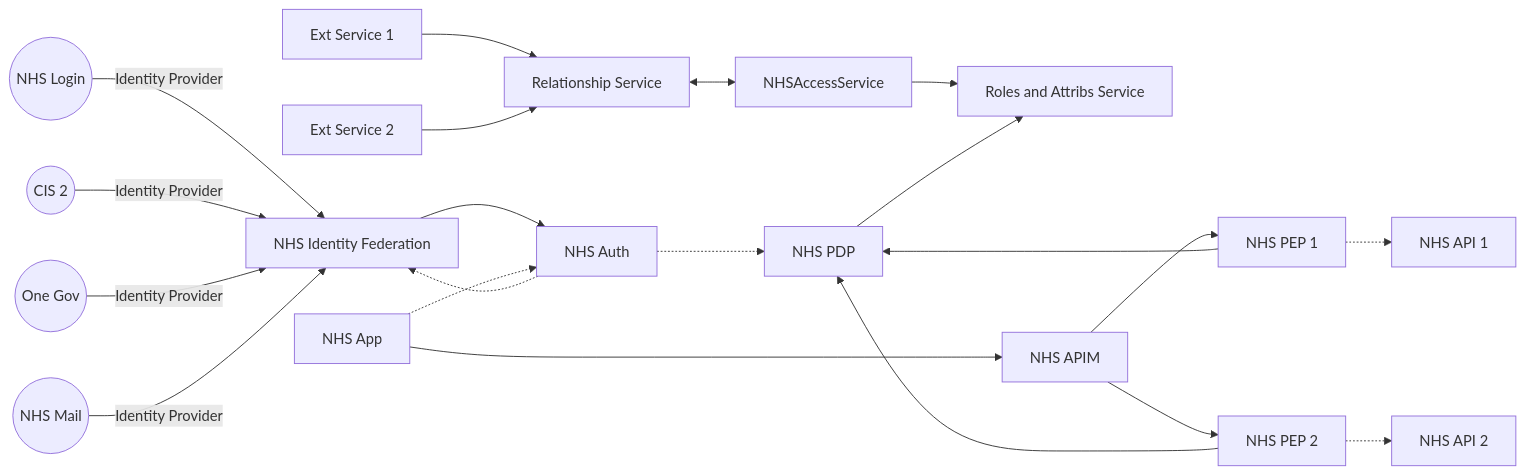
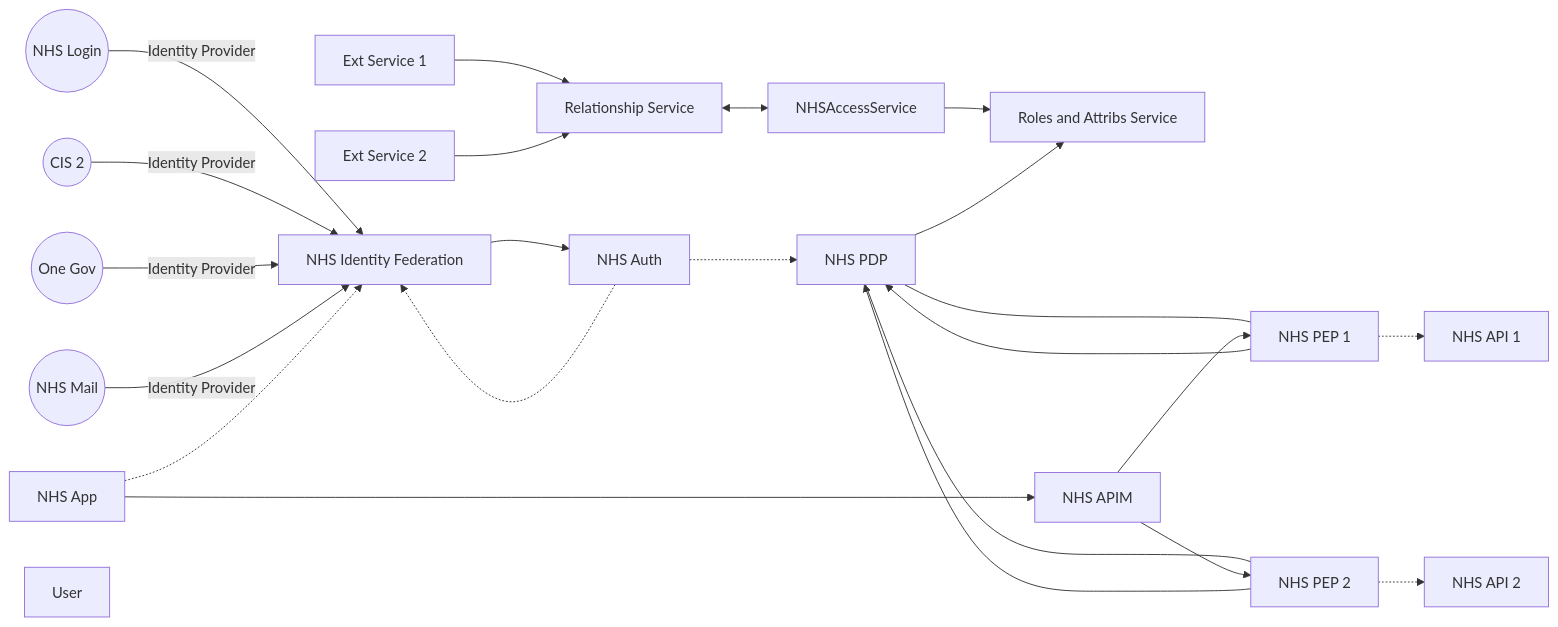
The third of 4 diagrams in docs/auth/auth.md (RossBugginsNHS/architecture-design-docs), drawn with Mermaid before and after one commit. The commit also changed other lines of this file, not shown here.

````diff
--- a/docs/auth/auth.md
+++ b/docs/auth/auth.md
@@ -128,51 +136,52 @@
 ```mermaid
 flowchart LR
 NHSLogin((NHS Login))
 CIS2((CIS 2))
 OneGov((One Gov))
 NHSMail((NHS Mail))
 NHSAuth[NHS Auth]
 NHSPDP[NHS PDP]
 NHSApp[NHS App]
 NHSPEP1[NHS PEP 1]
 NHSAPI1[NHS API 1]
 NHSPEP2[NHS PEP 2]
 NHSAPI2[NHS API 2]
 IdentityFederation[NHS Identity Federation]
 NHSRelationshipService[Relationship Service]
 NHSAccessService
 NHSRolesAttributes[Roles and Attribs Service]
 ExternalRelationship1[Ext Service 1]
 ExternalRelationship2[Ext Service 2]
 NHSAPIM[NHS APIM]
+User[User]
+
+
 
 NHSLogin-->|Identity Provider|IdentityFederation
 CIS2-->|Identity Provider|IdentityFederation
 OneGov-->|Identity Provider|IdentityFederation
 NHSMail-->|Identity Provider|IdentityFederation
 IdentityFederation --> NHSAuth
 NHSAuth-.->NHSPDP
-NHSApp-.->NHSAuth
+NHSApp-.->IdentityFederation
 
 NHSPDP---NHSPEP1--->NHSPDP
 NHSPEP1-.->NHSAPI1
 
 NHSPDP---NHSPEP2--->NHSPDP
 NHSPEP2-.->NHSAPI2
 
 ExternalRelationship1-->NHSRelationshipService
 ExternalRelationship2-->NHSRelationshipService
 NHSRelationshipService<-->NHSAccessService
 NHSAccessService-->NHSRolesAttributes
 NHSPDP-->NHSRolesAttributes
 
 NHSApp --> NHSAPIM
 NHSAPIM -->NHSPEP1
 NHSAPIM -->NHSPEP2
 
 NHSAuth-.->IdentityFederation
 
-linkStyle 7 stroke:none
-linkStyle 10 stroke:none
 
 ```
````
